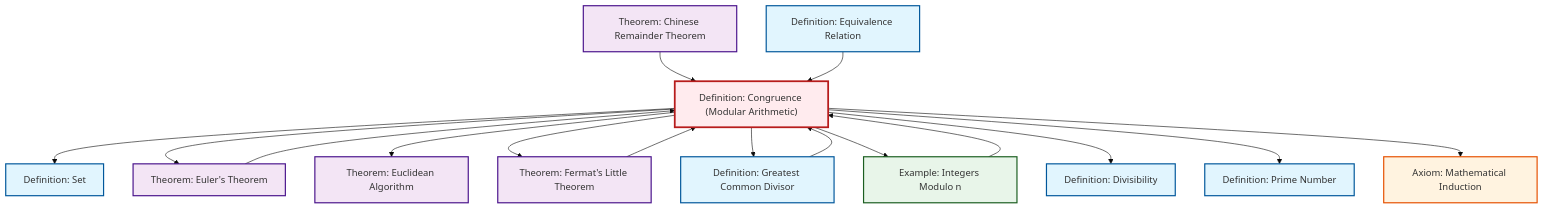
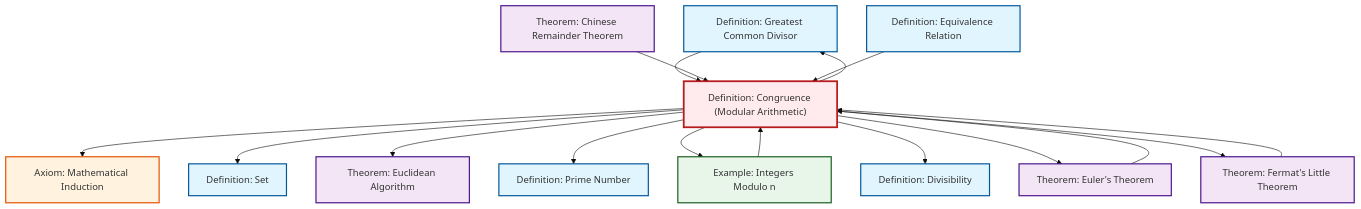
The diagram in content/en/number-theory/def-congruence.qmd (RK0429/ModernMath), drawn with Mermaid (base theme) before and after one commit. The commit also changed other lines of this file and 634 other files, not shown here.

First line of the commit message:
feat: Add prime ideal definition with comprehensive cross-references

````diff
--- a/content/en/number-theory/def-congruence.qmd
+++ b/content/en/number-theory/def-congruence.qmd
@@ -123,48 +123,48 @@
 ```{mermaid}
 %%| fig-cap: "Local dependency graph"
 graph TD
     classDef definition fill:#e1f5fe,stroke:#01579b,stroke-width:2px
     classDef theorem fill:#f3e5f5,stroke:#4a148c,stroke-width:2px
     classDef axiom fill:#fff3e0,stroke:#e65100,stroke-width:2px
     classDef example fill:#e8f5e9,stroke:#1b5e20,stroke-width:2px
     classDef current fill:#ffebee,stroke:#b71c1c,stroke-width:3px
+    def-gcd["Definition: Greatest Common Divisor"]:::definition
+    thm-euler["Theorem: Euler's Theorem"]:::theorem
+    thm-fermat-little["Theorem: Fermat's Little Theorem"]:::theorem
+    def-set["Definition: Set"]:::definition
+    def-congruence["Definition: Congruence (Modular Arithmetic)"]:::definition
+    def-equivalence-relation["Definition: Equivalence Relation"]:::definition
+    def-divisibility["Definition: Divisibility"]:::definition
+    thm-chinese-remainder["Theorem: Chinese Remainder Theorem"]:::theorem
+    ex-quotient-integers-mod-n["Example: Integers Modulo n"]:::example
+    def-prime["Definition: Prime Number"]:::definition
+    thm-euclidean-algorithm["Theorem: Euclidean Algorithm"]:::theorem
     ax-induction["Axiom: Mathematical Induction"]:::axiom
-    def-congruence["Definition: Congruence (Modular Arithmetic)"]:::definition
-    def-gcd["Definition: Greatest Common Divisor"]:::definition
-    def-divisibility["Definition: Divisibility"]:::definition
-    def-prime["Definition: Prime Number"]:::definition
-    def-set["Definition: Set"]:::definition
-    def-equivalence-relation["Definition: Equivalence Relation"]:::definition
-    thm-euclidean-algorithm["Theorem: Euclidean Algorithm"]:::theorem
-    ex-quotient-integers-mod-n["Example: Integers Modulo n"]:::example
-    thm-euler["Theorem: Euler's Theorem"]:::theorem
-    thm-chinese-remainder["Theorem: Chinese Remainder Theorem"]:::theorem
-    thm-fermat-little["Theorem: Fermat's Little Theorem"]:::theorem
+    def-congruence --> ax-induction
+    ex-quotient-integers-mod-n --> def-congruence
+    def-gcd --> def-congruence
+    thm-chinese-remainder --> def-congruence
     def-congruence --> def-set
+    def-congruence --> thm-euclidean-algorithm
+    thm-euler --> def-congruence
+    thm-fermat-little --> def-congruence
+    def-congruence --> def-gcd
+    def-congruence --> def-prime
+    def-congruence --> ex-quotient-integers-mod-n
+    def-congruence --> def-divisibility
+    def-equivalence-relation --> def-congruence
     def-congruence --> thm-euler
-    def-congruence --> thm-euclidean-algorithm
-    thm-chinese-remainder --> def-congruence
     def-congruence --> thm-fermat-little
-    def-congruence --> def-gcd
-    def-gcd --> def-congruence
-    thm-euler --> def-congruence
-    def-congruence --> ex-quotient-integers-mod-n
-    thm-fermat-little --> def-congruence
-    def-congruence --> def-divisibility
-    def-congruence --> def-prime
-    ex-quotient-integers-mod-n --> def-congruence
-    def-equivalence-relation --> def-congruence
-    def-congruence --> ax-induction
     class def-congruence current
-    click ax-induction "ax-induction.html" "Go to Mathematical Induction axiom"
     click def-gcd "def-gcd.html" "Go to Greatest Common Divisor definition"
-    click def-divisibility "def-divisibility.html" "Go to Divisibility definition"
-    click def-prime "def-prime.html" "Go to Prime Number definition"
+    click thm-euler "thm-euler.html" "Go to Euler's Theorem theorem"
+    click thm-fermat-little "thm-fermat-little.html" "Go to Fermat's Little Theorem theorem"
     click def-set "def-set.html" "Go to Set definition"
     click def-equivalence-relation "def-equivalence-relation.html" "Go to Equivalence Relation definition"
+    click def-divisibility "def-divisibility.html" "Go to Divisibility definition"
+    click thm-chinese-remainder "thm-chinese-remainder.html" "Go to Chinese Remainder Theorem theorem"
+    click ex-quotient-integers-mod-n "ex-quotient-integers-mod-n.html" "Go to Integers Modulo n example"
+    click def-prime "def-prime.html" "Go to Prime Number definition"
     click thm-euclidean-algorithm "thm-euclidean-algorithm.html" "Go to Euclidean Algorithm theorem"
-    click ex-quotient-integers-mod-n "ex-quotient-integers-mod-n.html" "Go to Integers Modulo n example"
-    click thm-euler "thm-euler.html" "Go to Euler's Theorem theorem"
-    click thm-chinese-remainder "thm-chinese-remainder.html" "Go to Chinese Remainder Theorem theorem"
-    click thm-fermat-little "thm-fermat-little.html" "Go to Fermat's Little Theorem theorem"
+    click ax-induction "ax-induction.html" "Go to Mathematical Induction axiom"
 ```
````
